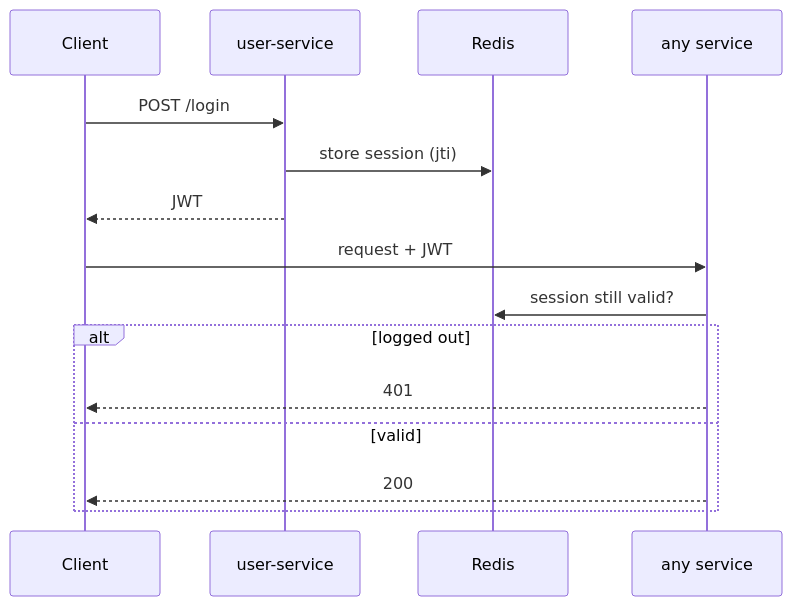
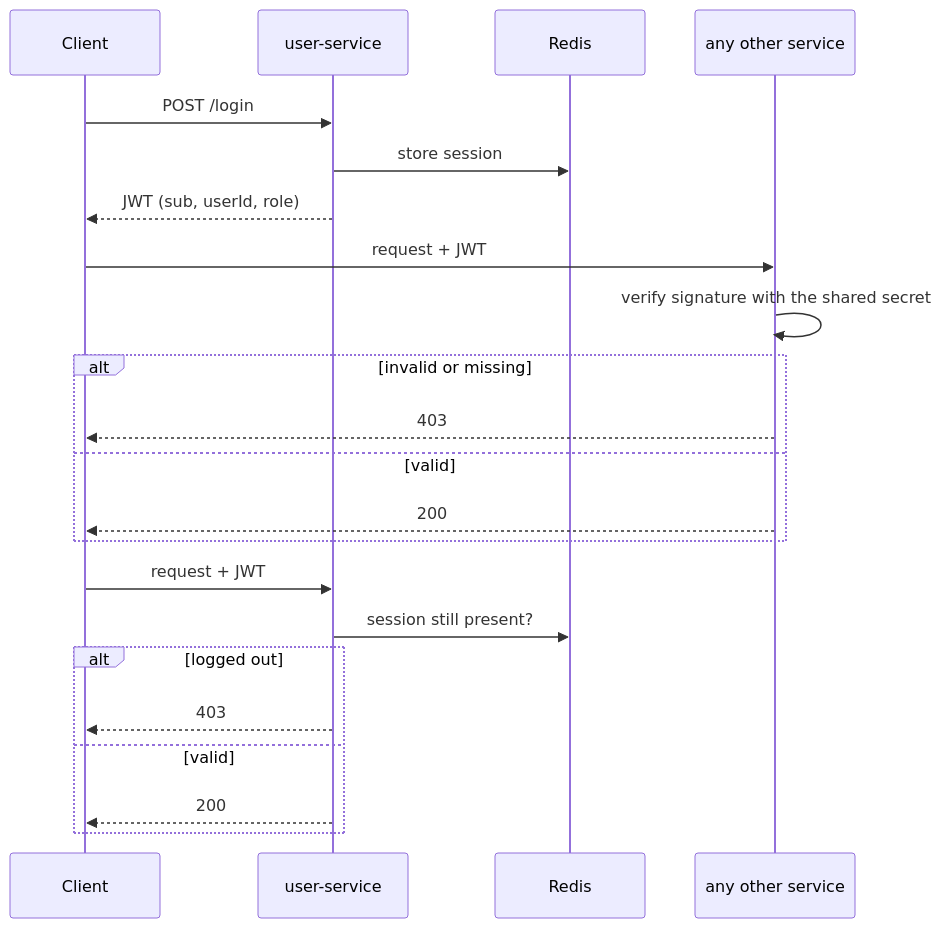
The third of 5 diagrams in docs/ARCHITECTURE.md (SumedhDhamdhere/ci-cd-eks-test), drawn with Mermaid before and after one commit. The commit also changed other lines of this file and 15 other files, not shown here.

````diff
--- a/docs/ARCHITECTURE.md
+++ b/docs/ARCHITECTURE.md
@@ -85,18 +103,25 @@
 ```mermaid
 sequenceDiagram
     participant C as Client
     participant U as user-service
     participant R as Redis
-    participant S as any service
+    participant S as any other service
 
     C->>U: POST /login
-    U->>R: store session (jti)
-    U-->>C: JWT
+    U->>R: store session
+    U-->>C: JWT (sub, userId, role)
     C->>S: request + JWT
-    S->>R: session still valid?
-    alt logged out
-        S-->>C: 401
+    S->>S: verify signature with the shared secret
+    alt invalid or missing
+        S-->>C: 403
     else valid
         S-->>C: 200
     end
+    C->>U: request + JWT
+    U->>R: session still present?
+    alt logged out
+        U-->>C: 403
+    else valid
+        U-->>C: 200
+    end
 ```
````
